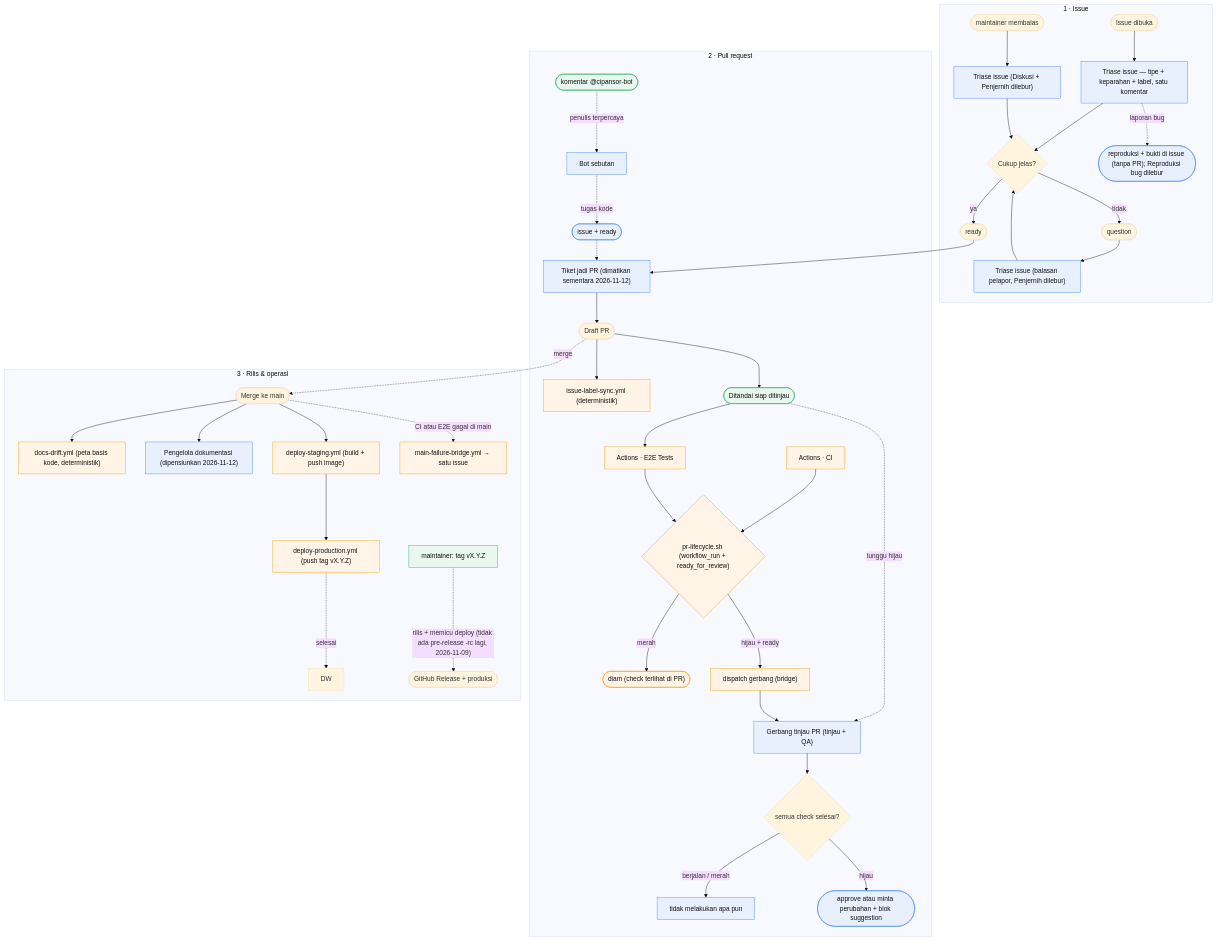
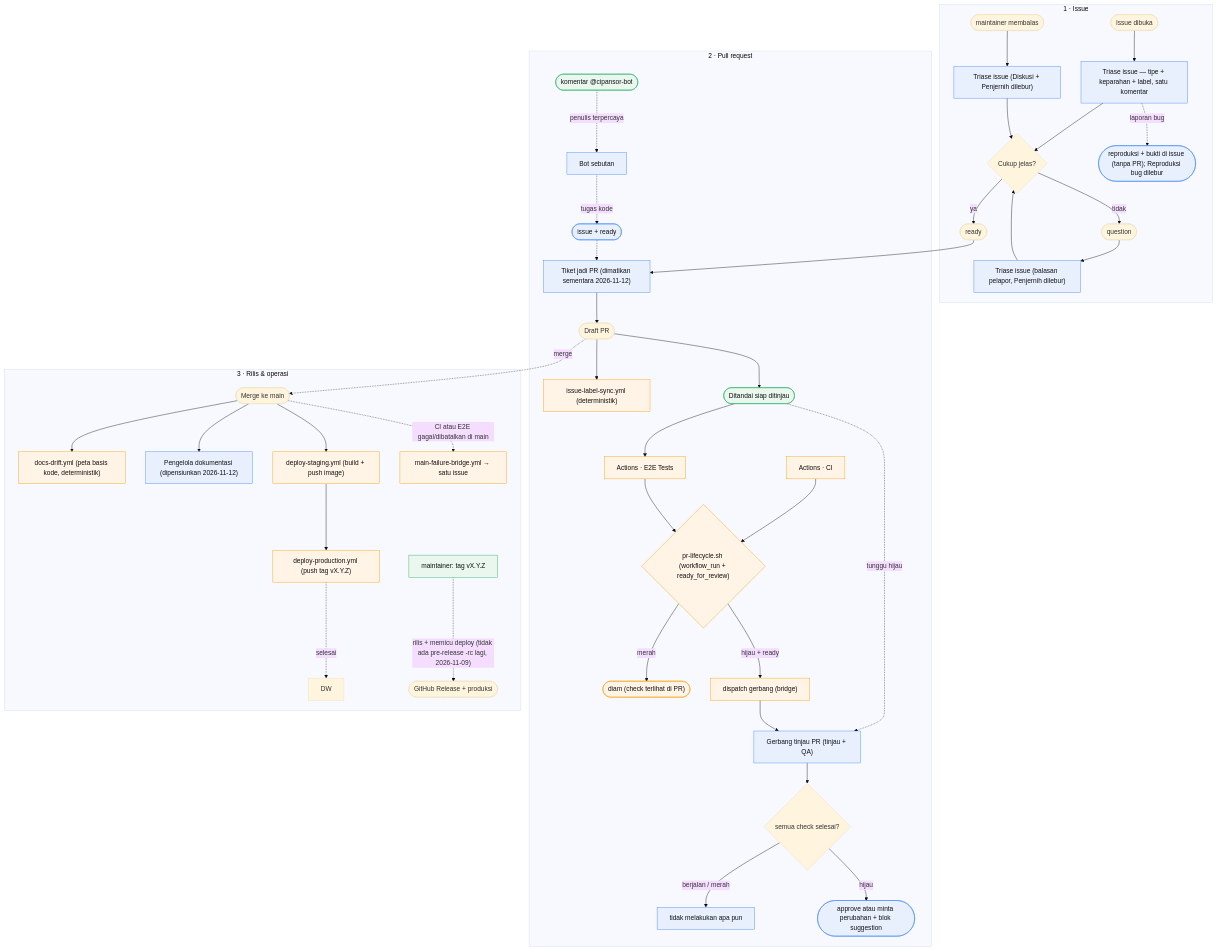
One commit to cipansor/cipansor changed the second of 6 diagrams in docs/SDLC-FLOW.md. Above: the diagram before and after it, drawn with Mermaid (base theme). The commit also changed other lines of this file and 4 other files, not shown here.

````diff
--- a/docs/SDLC-FLOW.md
+++ b/docs/SDLC-FLOW.md
@@ -543,45 +543,45 @@
 ```mermaid
 flowchart TB
   classDef cloud fill:#e8f0fe,stroke:#4285f4,color:#111;
   classDef gh fill:#fff4e5,stroke:#f59e0b,color:#111;
   classDef human fill:#e9f7ef,stroke:#27ae60,color:#111;
 
   subgraph ISSUE["1 · Issue"]
     I([Issue dibuka]) --> C3["Triase issue — tipe + keparahan + label, satu komentar"]:::cloud
     C3 --> D{"Cukup jelas?"}
     D -- ya --> R(["ready"])
     D -- tidak --> NI(["question"])
     NI --> C16["Triase issue (balasan pelapor, Penjernih dilebur)"]:::cloud --> D
     PM(["maintainer membalas"]) --> C15["Triase issue (Diskusi + Penjernih dilebur)"]:::cloud --> D
     C3 -. "laporan bug" .-> BUG(["reproduksi + bukti di issue (tanpa PR); Reproduksi bug dilebur"]):::cloud
   end
 
   subgraph PRL["2 · Pull request"]
     R --> C6["Tiket jadi PR (dimatikan sementara 2026-11-12)"]:::cloud --> DPR([Draft PR])
     MENT(["komentar @cipansor-bot"]):::human -. "penulis terpercaya" .-> C7["Bot sebutan"]:::cloud
     C7 -. "tugas kode" .-> BOT(["issue + ready"]):::cloud -.-> C6
     DPR --> C17["issue-label-sync.yml (deterministik)"]:::gh
     DPR --> RDY(["Ditandai siap ditinjau"]):::human
     RDY -. "tunggu hijau" .-> C18["Gerbang tinjau PR (tinjau + QA)"]:::cloud
     RDY --> GAE["Actions · E2E Tests"]:::gh
     GAC["Actions · CI"]:::gh --> LC{"pr-lifecycle.sh (workflow_run + ready_for_review)"}:::gh
     GAE --> LC
     LC -- "merah" --> RQ(["diam (check terlihat di PR)"]):::gh
     LC -- "hijau + ready" --> DISP["dispatch gerbang (bridge)"]:::gh --> C18
     C18 --> DEC{"semua check selesai?"}
     DEC -- "berjalan / merah" --> NO["tidak melakukan apa pun"]:::cloud
     DEC -- hijau --> AP(["approve atau minta perubahan + blok suggestion"]):::cloud
   end
 
   subgraph REL["3 · Rilis & operasi"]
     DPR -. merge .-> MG([Merge ke main])
     MG --> C3B["docs-drift.yml (peta basis kode, deterministik)"]:::gh
     MG --> C14["Pengelola dokumentasi (dipensiunkan 2026-11-12)"]:::cloud
     MG --> STG["deploy-staging.yml (build + push image)"]:::gh
     STG --> PROD["deploy-production.yml (push tag vX.Y.Z)"]:::gh
     PROD -. "selesai" .-> DW
-    MG -. "CI atau E2E gagal di main" .-> BR["main-failure-bridge.yml → satu issue"]:::gh
+    MG -. "CI atau E2E gagal/dibatalkan di main" .-> BR["main-failure-bridge.yml → satu issue"]:::gh
     C13["maintainer: tag vX.Y.Z"]:::human
     C13 -. "rilis + memicu deploy (tidak ada pre-release -rc lagi, 2026-11-09)" .-> REL2(["GitHub Release + produksi"])
   end
 ```
````
